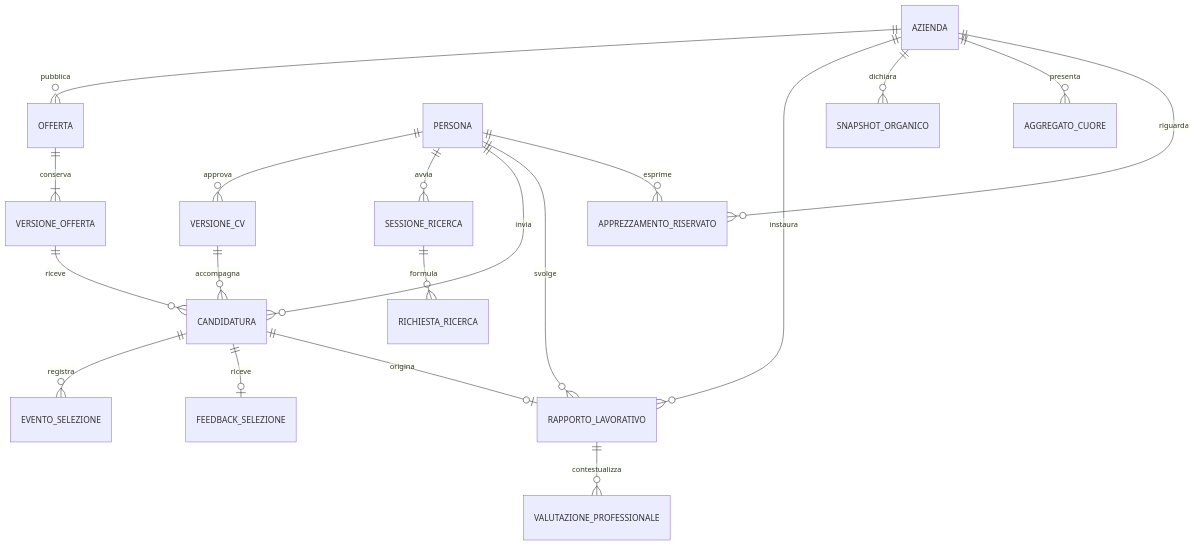
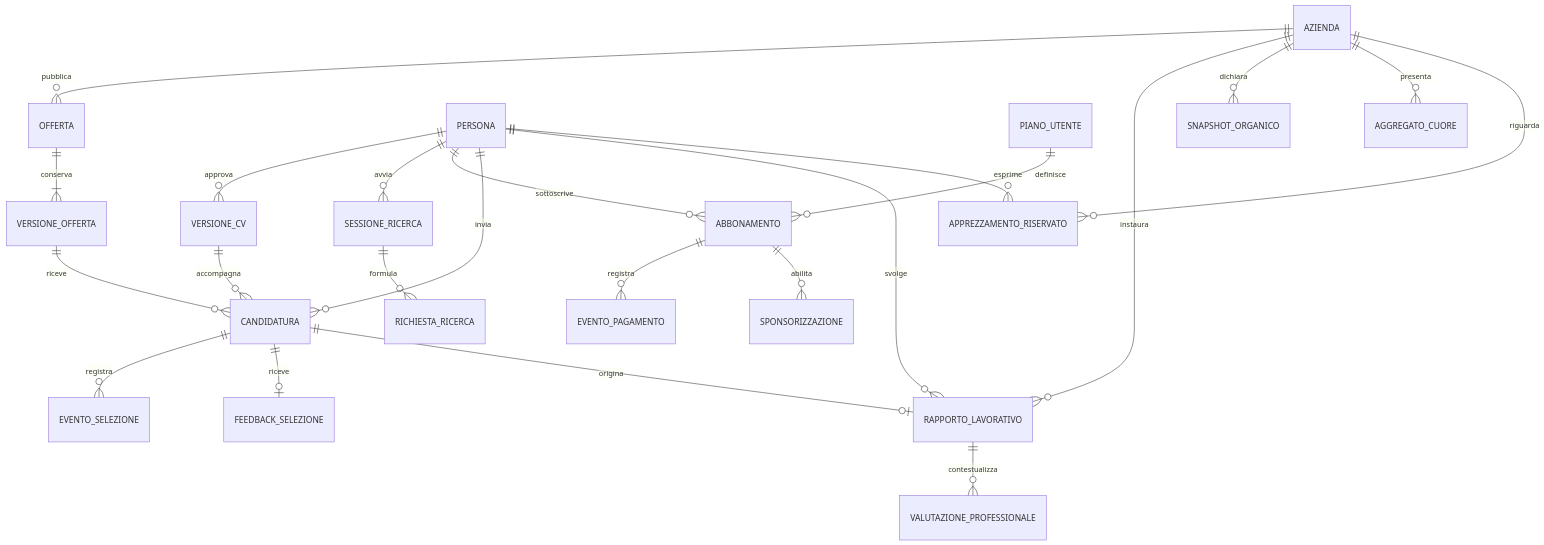
The diagram in MODELLO_DATI_E_FLUSSI.md (mdelorenzidev/smart-talent-match), drawn with Mermaid before and after one commit. The commit also changed other lines of this file and 7 other files, not shown here.

Commit message:
Pianifica il piano candidato da 20 euro al mese e la sponsorizzazione

````diff
--- a/MODELLO_DATI_E_FLUSSI.md
+++ b/MODELLO_DATI_E_FLUSSI.md
@@ -7,21 +7,25 @@
 ```mermaid
 erDiagram
     AZIENDA ||--o{ OFFERTA : pubblica
     OFFERTA ||--|{ VERSIONE_OFFERTA : conserva
     PERSONA ||--o{ VERSIONE_CV : approva
     PERSONA ||--o{ SESSIONE_RICERCA : avvia
     SESSIONE_RICERCA ||--o{ RICHIESTA_RICERCA : formula
+    PERSONA ||--o{ ABBONAMENTO : sottoscrive
+    PIANO_UTENTE ||--o{ ABBONAMENTO : definisce
+    ABBONAMENTO ||--o{ EVENTO_PAGAMENTO : registra
+    ABBONAMENTO ||--o{ SPONSORIZZAZIONE : abilita
     PERSONA ||--o{ CANDIDATURA : invia
     VERSIONE_OFFERTA ||--o{ CANDIDATURA : riceve
     VERSIONE_CV ||--o{ CANDIDATURA : accompagna
     CANDIDATURA ||--o{ EVENTO_SELEZIONE : registra
     CANDIDATURA ||--o| FEEDBACK_SELEZIONE : riceve
     CANDIDATURA ||--o| RAPPORTO_LAVORATIVO : origina
     AZIENDA ||--o{ RAPPORTO_LAVORATIVO : instaura
     PERSONA ||--o{ RAPPORTO_LAVORATIVO : svolge
     RAPPORTO_LAVORATIVO ||--o{ VALUTAZIONE_PROFESSIONALE : contestualizza
     AZIENDA ||--o{ SNAPSHOT_ORGANICO : dichiara
     AZIENDA ||--o{ AGGREGATO_CUORE : presenta
     PERSONA ||--o{ APPREZZAMENTO_RISERVATO : esprime
     AZIENDA ||--o{ APPREZZAMENTO_RISERVATO : riguarda
 ```
````
